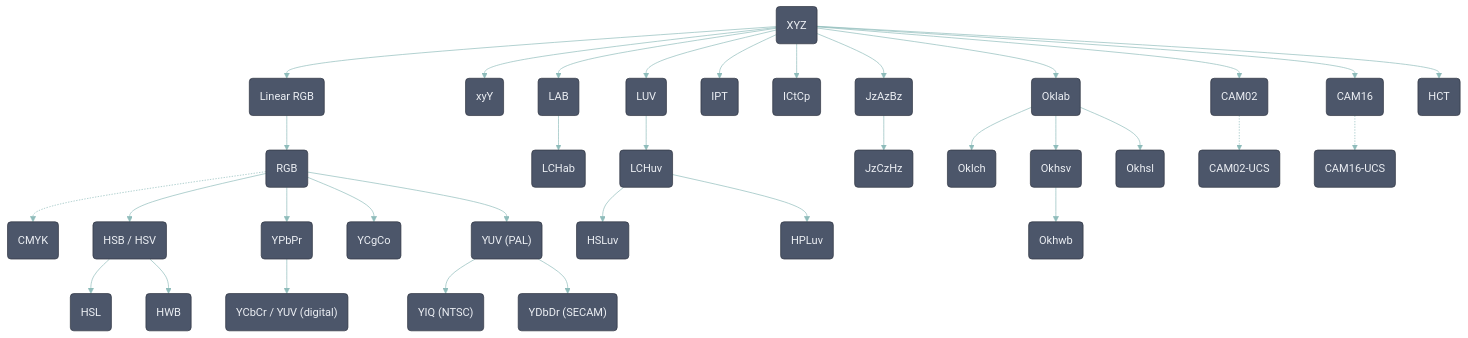
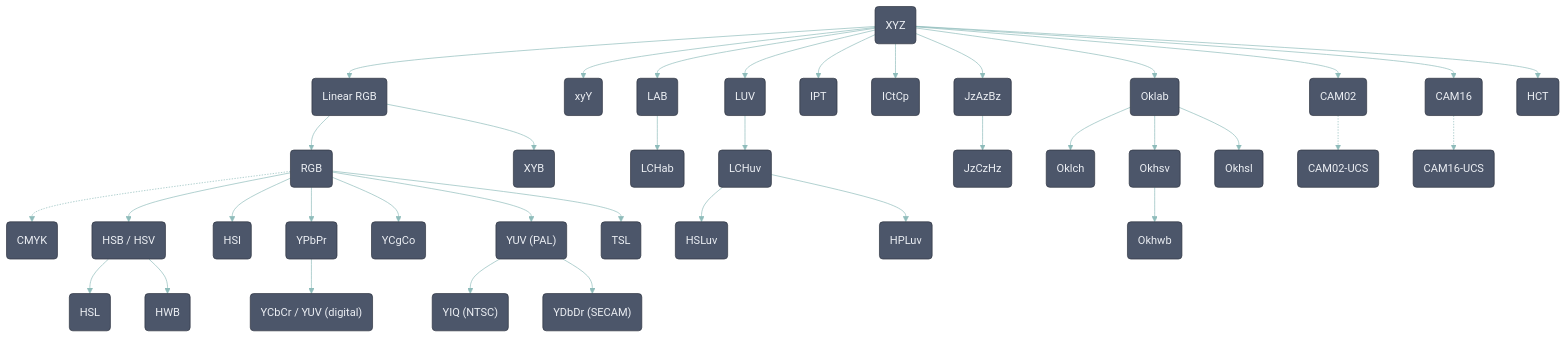
One commit to waacton/Unicolour changed the first of 2 diagrams in README.md. Above: the diagram before and after it, drawn with Mermaid. The commit also changed other lines of this file and 27 other files, not shown here.

```diff
--- a/README.md
+++ b/README.md
@@ -199,7 +203,7 @@
   HSB(HSB / HSV)
   HSL(HSL)
   HWB(HWB)
-  CMYK(CMYK)
+  HSI(HSI)
   XYY(xyY)
   XYZ(XYZ)
   LAB(LAB)
@@ -214,6 +218,8 @@
   YUV("YUV (PAL)")
   YIQ("YIQ (NTSC)")
   YDBDR("YDbDr (SECAM)")
+  TSL(TSL)
+  XYB(XYB)
   IPT(IPT)
   ICTCP(ICtCp)
   JZAZBZ(JzAzBz)
@@ -228,20 +234,23 @@
   CAM16(CAM16)
   CAM16UCS(CAM16-UCS)
   HCT(HCT)
+  CMYK(CMYK)
 
   RGB -.-> CMYK
-  
   XYZ --> RGBLIN
   RGBLIN --> RGB
   RGB --> HSB
   HSB --> HSL
   HSB --> HWB
+  RGB --> HSI
   RGB --> YPBPR
   YPBPR --> YCBCR
   RGB --> YCGCO
   RGB --> YUV
   YUV --> YIQ
   YUV --> YDBDR
+  RGB --> TSL
+  RGBLIN --> XYB
   XYZ --> XYY
   XYZ --> LAB
   LAB --> LCHAB
```
